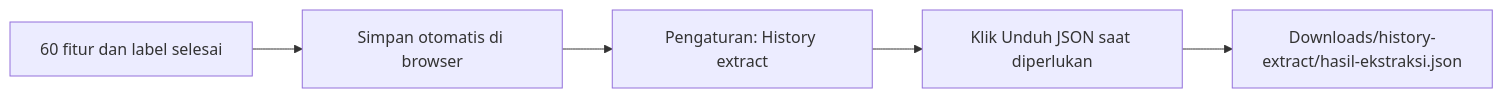
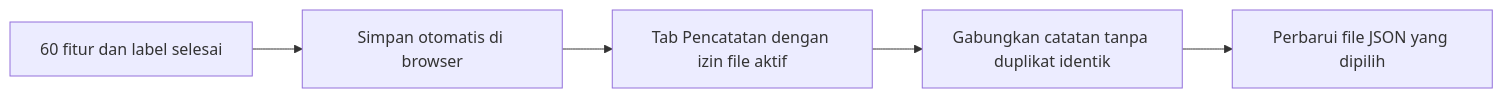
The second of 2 diagrams in README.md (UmarFaruqManek/HeuriShieldV3), drawn with Mermaid before and after one commit. The commit also changed other lines of this file and 6 other files, not shown here.

````diff
--- a/README.md
+++ b/README.md
@@ -68,7 +63,7 @@
 ```mermaid
 flowchart LR
   A[60 fitur dan label selesai] --> B[Simpan otomatis di browser]
-  B --> C[Pengaturan: History extract]
-  C --> D[Klik Unduh JSON saat diperlukan]
-  D --> E[Downloads/history-extract/hasil-ekstraksi.json]
+  B --> C[Tab Pencatatan dengan izin file aktif]
+  C --> D[Gabungkan catatan tanpa duplikat identik]
+  D --> E[Perbarui file JSON yang dipilih]
 ```
````
